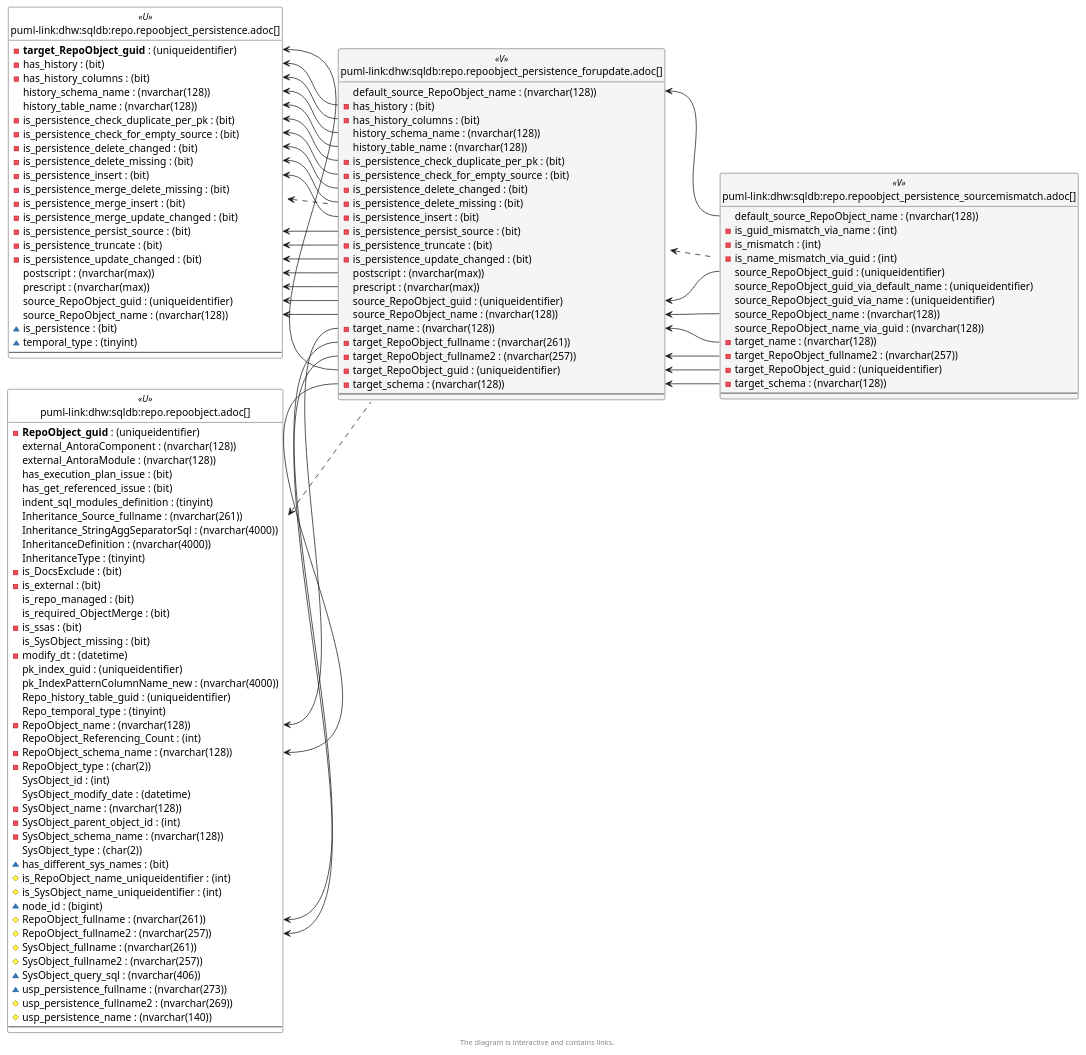
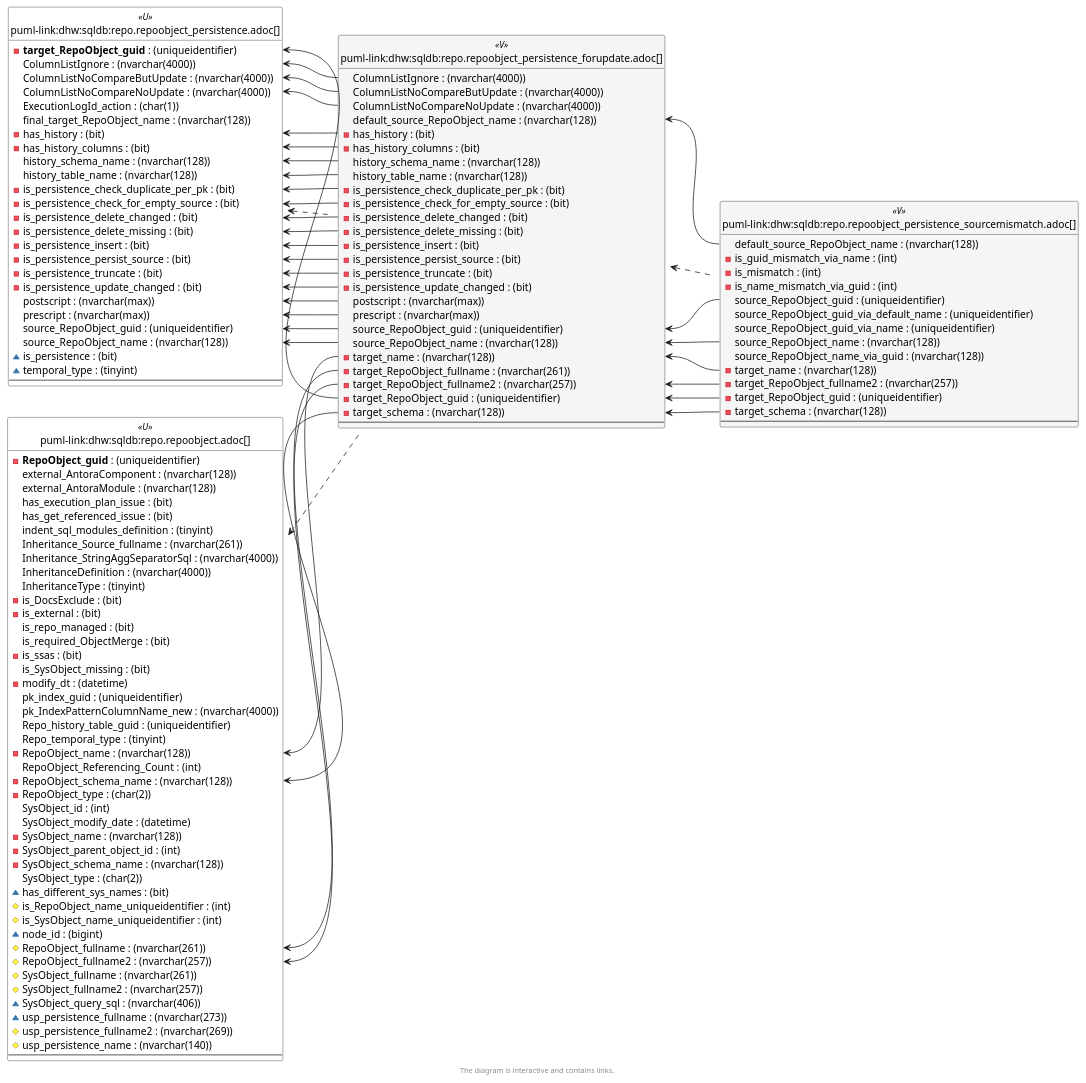
One commit to DataHandwerk/dhw-antora-sqldb changed the sixth of 6 diagrams in docs/modules/sqldb/partials/content/repo.repoobject_persistence_forupdate.adoc. Above: the diagram before and after it, drawn with PlantUML. The commit also changed other lines of this file and 751 other files, not shown here.

```diff
--- a/docs/modules/sqldb/partials/content/repo.repoobject_persistence_forupdate.adoc
+++ b/docs/modules/sqldb/partials/content/repo.repoobject_persistence_forupdate.adoc
@@ -1732,6 +1811,11 @@
 
 entity "puml-link:dhw:sqldb:repo.repoobject_persistence.adoc[]" as repo.RepoObject_persistence << U >> {
   - **target_RepoObject_guid** : (uniqueidentifier)
+  ColumnListIgnore : (nvarchar(4000))
+  ColumnListNoCompareButUpdate : (nvarchar(4000))
+  ColumnListNoCompareNoUpdate : (nvarchar(4000))
+  ExecutionLogId_action : (char(1))
+  final_target_RepoObject_name : (nvarchar(128))
   - has_history : (bit)
   - has_history_columns : (bit)
   history_schema_name : (nvarchar(128))
@@ -1741,9 +1825,6 @@
   - is_persistence_delete_changed : (bit)
   - is_persistence_delete_missing : (bit)
   - is_persistence_insert : (bit)
-  - is_persistence_merge_delete_missing : (bit)
-  - is_persistence_merge_insert : (bit)
-  - is_persistence_merge_update_changed : (bit)
   - is_persistence_persist_source : (bit)
   - is_persistence_truncate : (bit)
   - is_persistence_update_changed : (bit)
@@ -1757,6 +1838,9 @@
 }
 
 entity "puml-link:dhw:sqldb:repo.repoobject_persistence_forupdate.adoc[]" as repo.RepoObject_persistence_ForUpdate << V >> {
+  ColumnListIgnore : (nvarchar(4000))
+  ColumnListNoCompareButUpdate : (nvarchar(4000))
+  ColumnListNoCompareNoUpdate : (nvarchar(4000))
   default_source_RepoObject_name : (nvarchar(128))
   - has_history : (bit)
   - has_history_columns : (bit)
@@ -1806,6 +1890,9 @@
 "repo.RepoObject::RepoObject_fullname2" <-- "repo.RepoObject_persistence_ForUpdate::target_RepoObject_fullname2"
 "repo.RepoObject::RepoObject_name" <-- "repo.RepoObject_persistence_ForUpdate::target_name"
 "repo.RepoObject::RepoObject_schema_name" <-- "repo.RepoObject_persistence_ForUpdate::target_schema"
+"repo.RepoObject_persistence::ColumnListIgnore" <-- "repo.RepoObject_persistence_ForUpdate::ColumnListIgnore"
+"repo.RepoObject_persistence::ColumnListNoCompareButUpdate" <-- "repo.RepoObject_persistence_ForUpdate::ColumnListNoCompareButUpdate"
+"repo.RepoObject_persistence::ColumnListNoCompareNoUpdate" <-- "repo.RepoObject_persistence_ForUpdate::ColumnListNoCompareNoUpdate"
 "repo.RepoObject_persistence::has_history" <-- "repo.RepoObject_persistence_ForUpdate::has_history"
 "repo.RepoObject_persistence::has_history_columns" <-- "repo.RepoObject_persistence_ForUpdate::has_history_columns"
 "repo.RepoObject_persistence::history_schema_name" <-- "repo.RepoObject_persistence_ForUpdate::history_schema_name"
```
